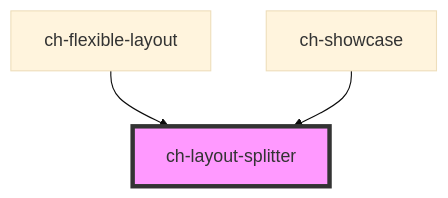
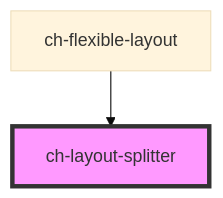
Before and after one commit to genexuslabs/chameleon-controls-library: the diagram in src/components/layout-splitter/readme.md, drawn with Mermaid (base theme). The commit also changed other lines of this file and 25 other files, not shown here.

````diff
--- a/src/components/layout-splitter/readme.md
+++ b/src/components/layout-splitter/readme.md
@@ -86,6 +85,5 @@
 ```mermaid
 graph TD;
   ch-flexible-layout --> ch-layout-splitter
-  ch-showcase --> ch-layout-splitter
   style ch-layout-splitter fill:#f9f,stroke:#333,stroke-width:4px
 ```
````
